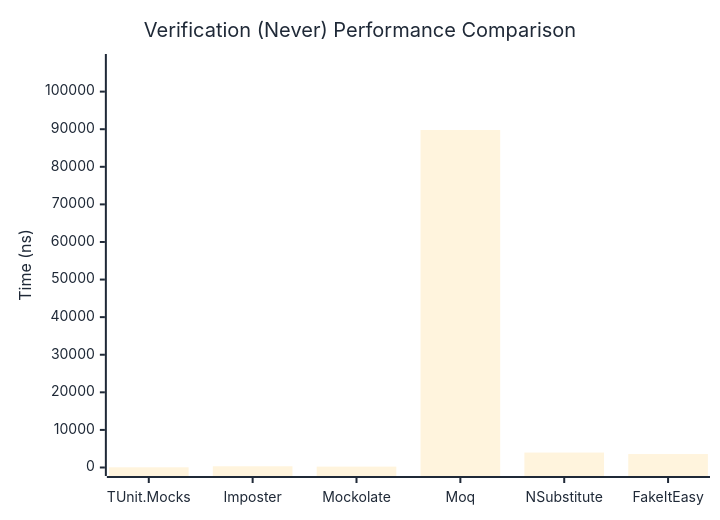
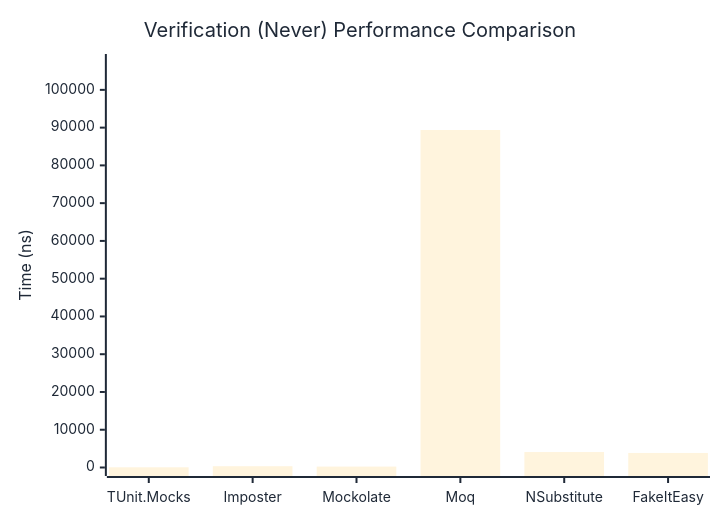
One commit to thomhurst/TUnit changed the second of 3 diagrams in docs/docs/benchmarks/mocks/Verification.md. Above: the diagram before and after it, drawn with Mermaid. The commit also changed other lines of this file and 14 other files, not shown here.

````diff
--- a/docs/docs/benchmarks/mocks/Verification.md
+++ b/docs/docs/benchmarks/mocks/Verification.md
@@ -71,27 +71,27 @@
 ```mermaid
 %%{init: {
   'theme':'base',
   'themeVariables': {
     'primaryColor': '#2563eb',
     'primaryTextColor': '#1f2937',
     'primaryBorderColor': '#1e40af',
     'lineColor': '#6b7280',
     'secondaryColor': '#7c3aed',
     'tertiaryColor': '#dc2626',
     'background': '#ffffff',
     'pie1': '#2563eb',
     'pie2': '#7c3aed',
     'pie3': '#dc2626',
     'pie4': '#f59e0b',
     'pie5': '#10b981',
     'pie6': '#06b6d4',
     'pie7': '#ec4899',
     'pie8': '#6366f1'
   }
 }}%%
 xychart-beta
   title "Verification (Never) Performance Comparison"
   x-axis ["TUnit.Mocks", "Imposter", "Mockolate", "Moq", "NSubstitute", "FakeItEasy"]
-  y-axis "Time (ns)" 0 --> 107747
-  bar [52.06, 323.03, 234.68, 89788.84, 3975, 3575.98]
+  y-axis "Time (ns)" 0 --> 107245
+  bar [54.62, 342.61, 242.61, 89370.83, 4094.2, 3850.39]
 ```
````
